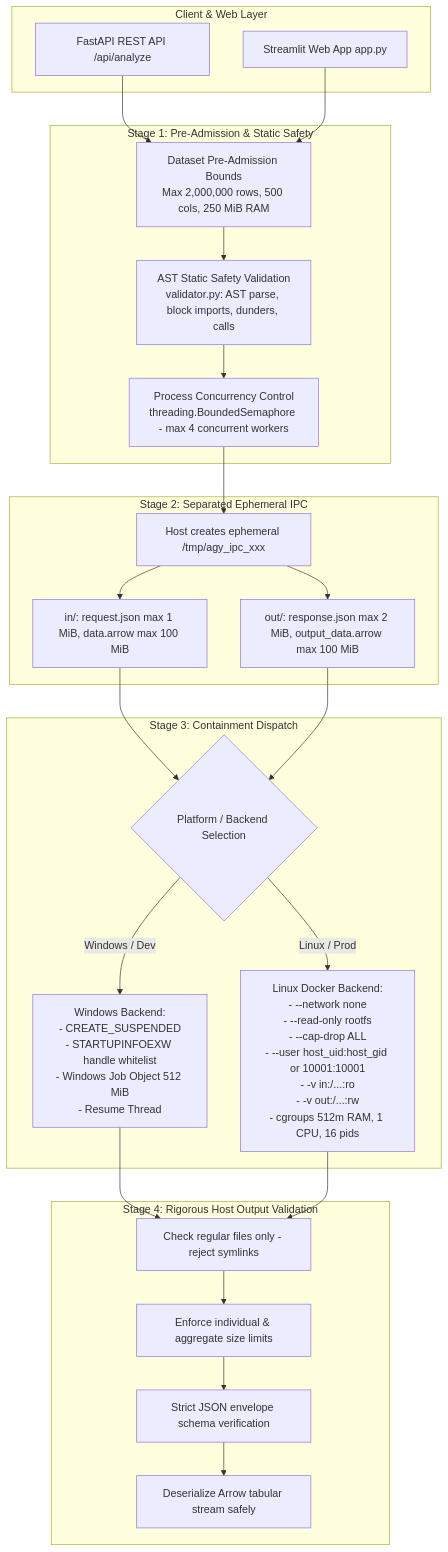
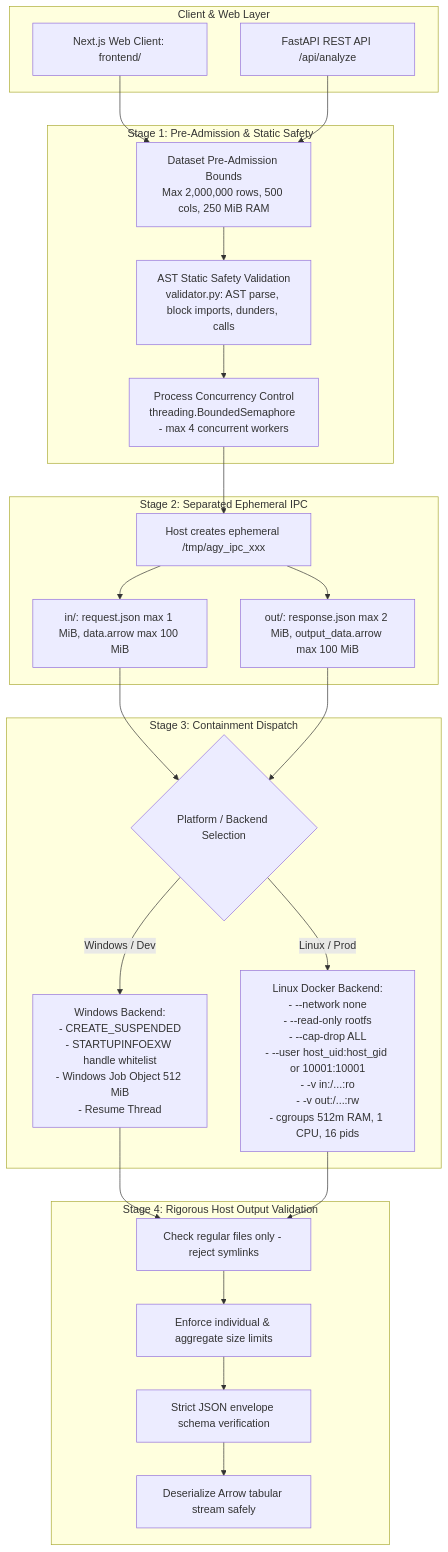
Before and after one commit to Aashi0105/Ai-data-analyst-agent: the diagram in docs/sandbox_architecture.md, drawn with Mermaid. The commit also changed 15 other files, not shown here.

````diff
--- a/docs/sandbox_architecture.md
+++ b/docs/sandbox_architecture.md
@@ -10,40 +10,40 @@
 ```mermaid
 flowchart TD
     subgraph ClientLayer [Client & Web Layer]
-        A1[FastAPI REST API /api/analyze]
-        A2[Streamlit Web App app.py]
+        A1[Next.js Web Client: frontend/]
+        A2[FastAPI REST API /api/analyze]
     end
 
     subgraph Admission [Stage 1: Pre-Admission & Static Safety]
         B1[Dataset Pre-Admission Bounds<br/>Max 2,000,000 rows, 500 cols, 250 MiB RAM]
         B2[AST Static Safety Validation<br/>validator.py: AST parse, block imports, dunders, calls]
         B3[Process Concurrency Control<br/>threading.BoundedSemaphore - max 4 concurrent workers]
     end
 
     subgraph Serialization [Stage 2: Separated Ephemeral IPC]
         C1[Host creates ephemeral /tmp/agy_ipc_xxx]
         C2[in/: request.json max 1 MiB, data.arrow max 100 MiB]
         C3[out/: response.json max 2 MiB, output_data.arrow max 100 MiB]
     end
 
     subgraph Dispatch [Stage 3: Containment Dispatch]
         D1{Platform / Backend Selection}
         D2[Windows Backend:<br/>- CREATE_SUSPENDED<br/>- STARTUPINFOEXW handle whitelist<br/>- Windows Job Object 512 MiB<br/>- Resume Thread]
         D3[Linux Docker Backend:<br/>- --network none<br/>- --read-only rootfs<br/>- --cap-drop ALL<br/>- --user host_uid:host_gid or 10001:10001<br/>- -v in:/...:ro<br/>- -v out:/...:rw<br/>- cgroups 512m RAM, 1 CPU, 16 pids]
     end
 
     subgraph HostValidation [Stage 4: Rigorous Host Output Validation]
         E1[Check regular files only - reject symlinks]
         E2[Enforce individual & aggregate size limits]
         E3[Strict JSON envelope schema verification]
         E4[Deserialize Arrow tabular stream safely]
     end
 
     A1 --> B1
     A2 --> B1
     B1 --> B2 --> B3 --> C1
     C1 --> C2 & C3 --> D1
     D1 -- Windows / Dev --> D2
     D1 -- Linux / Prod --> D3
     D2 & D3 --> E1 --> E2 --> E3 --> E4
 ```
````
